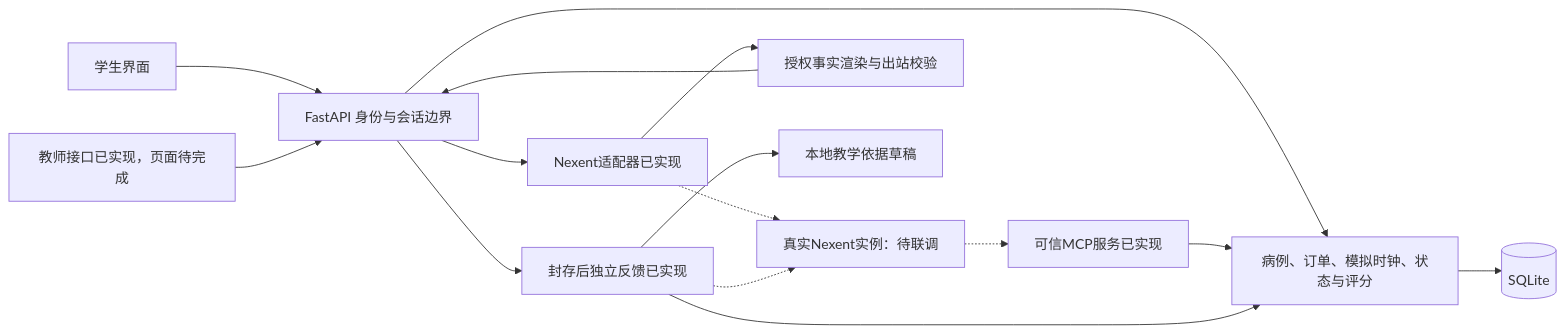
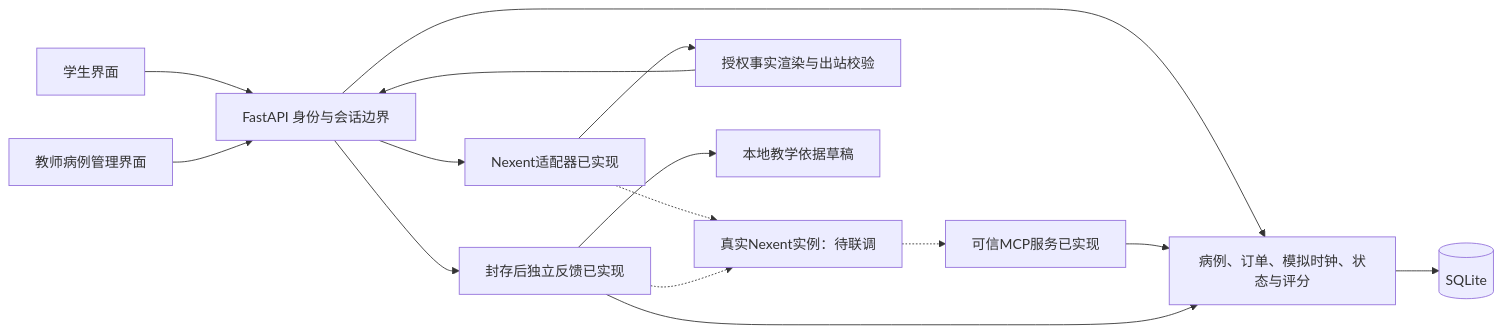
The diagram in docs/technical-plan.md (kechanghao666/ai-digital-patient-clinical-reasoning-training), drawn with Mermaid before and after one commit. The commit also changed other lines of this file and 27 other files, not shown here.

````diff
--- a/docs/technical-plan.md
+++ b/docs/technical-plan.md
@@ -11,17 +11,17 @@
 ```mermaid
 flowchart LR
   Student[学生界面] --> API[FastAPI 身份与会话边界]
-  Teacher[教师接口已实现，页面待完成] --> API
+  Teacher[教师病例管理界面] --> API
   API --> Core[病例、订单、模拟时钟、状态与评分]
   Core --> DB[(SQLite)]
   API --> Adapter[Nexent适配器已实现]
   Adapter -.-> Nexent[真实Nexent实例：待联调]
   Nexent -.-> MCP[可信MCP服务已实现]
   MCP --> Core
   Adapter --> Gate[授权事实渲染与出站校验]
   Gate --> API
   API --> Feedback[封存后独立反馈已实现]
   Feedback --> Knowledge[本地教学依据草稿]
   Feedback -.-> Nexent
   Feedback --> Core
 ```
````
